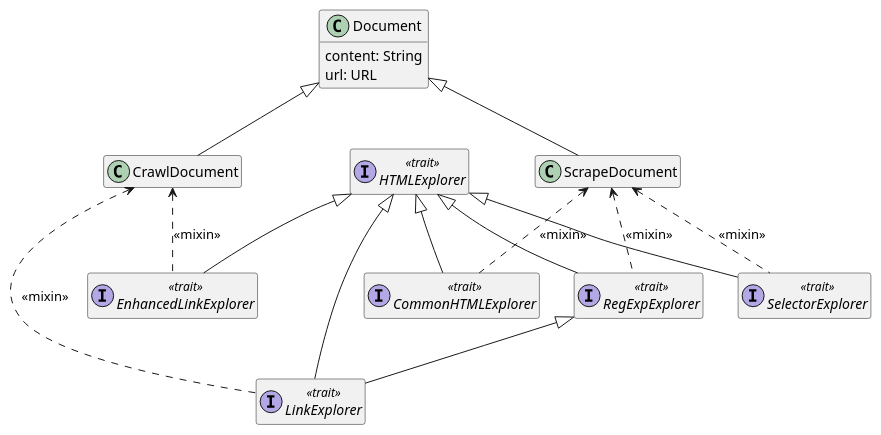
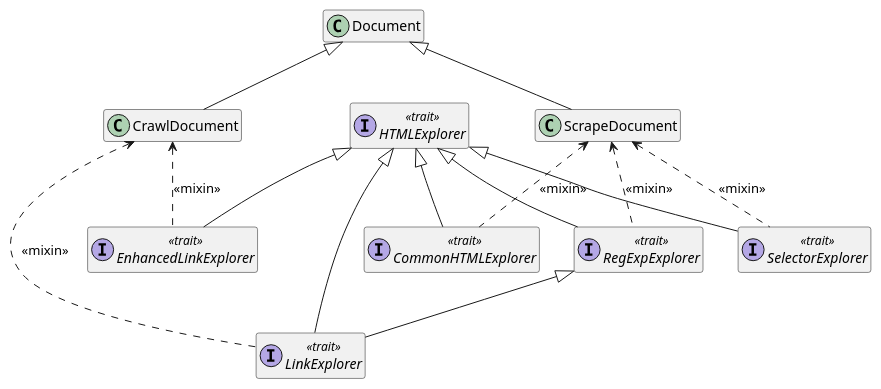
One commit to PPS-22-Scooby/pps-22-scooby.github.io changed the eighth of 9 diagrams in Writerside/topics/In-Depth-Design.md. Above: the diagram before and after it, drawn with PlantUML. The commit also changed other lines of this file, not shown here.

````diff
--- a/Writerside/topics/In-Depth-Design.md
+++ b/Writerside/topics/In-Depth-Design.md
@@ -221,32 +234,29 @@
 ```plantuml
 @startuml Document
     hide empty members
-    class Document {
-        content: String
-        url: URL
-    }
+    class Document
     
     class ScrapeDocument extends Document 
     class CrawlDocument extends Document 
     
     interface HTMLExplorer <<trait>>
     
     interface LinkExplorer <<trait>> extends HTMLExplorer, RegExpExplorer
     interface EnhancedLinkExplorer <<trait>> extends HTMLExplorer
     
     interface SelectorExplorer <<trait>> extends HTMLExplorer
     
     interface CommonHTMLExplorer <<trait>> extends HTMLExplorer
     
     interface RegExpExplorer <<trait>> extends HTMLExplorer
     
     LinkExplorer .u.> CrawlDocument: <<mixin>>
     
     EnhancedLinkExplorer .u.> CrawlDocument: <<mixin>>
     
     SelectorExplorer .u.> ScrapeDocument: <<mixin>>
     CommonHTMLExplorer .u.> ScrapeDocument: <<mixin>>
     RegExpExplorer .u.> ScrapeDocument: <<mixin>>
     
 @enduml
 ```
````
